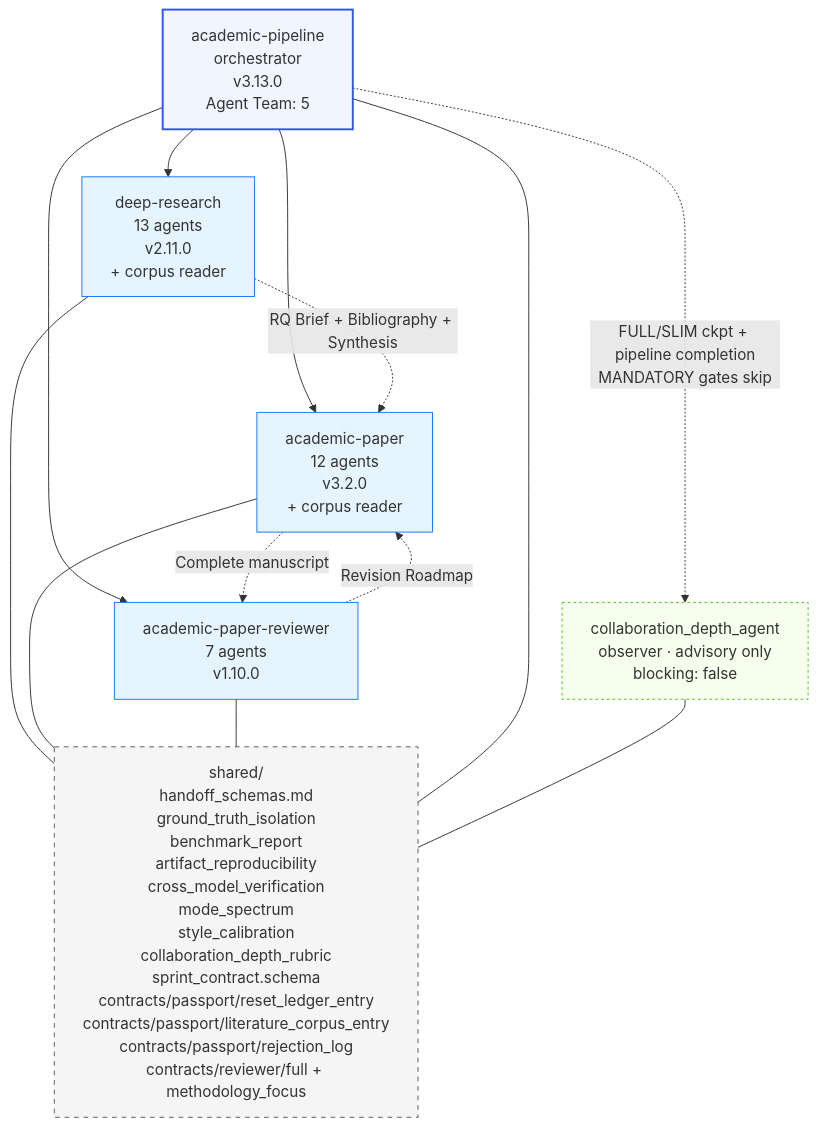
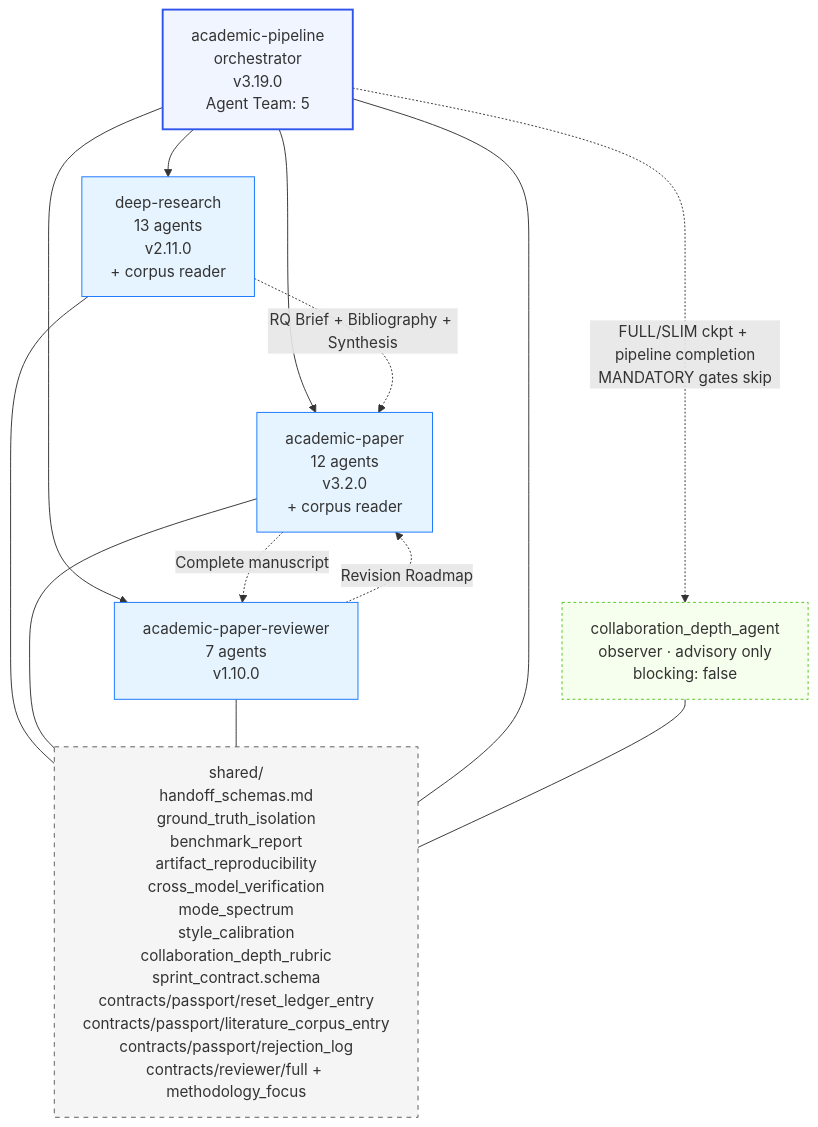
Before and after one commit to zhangyang-crazy-one/academic-research-workbench: the fourth of 5 diagrams in skills/academic-research-suite/ars/docs/ARCHITECTURE.md, drawn with Mermaid. The commit also changed other lines of this file and 1178 other files, not shown here.

````diff
--- a/skills/academic-research-suite/ars/docs/ARCHITECTURE.md
+++ b/skills/academic-research-suite/ars/docs/ARCHITECTURE.md
@@ -201,31 +201,31 @@
 ```mermaid
 graph TD
-    Pipeline[academic-pipeline<br/>orchestrator<br/>v3.13.0<br/>Agent Team: 5]
+    Pipeline[academic-pipeline<br/>orchestrator<br/>v3.19.0<br/>Agent Team: 5]
     Observer[collaboration_depth_agent<br/>observer · advisory only<br/>blocking: false]
     DR[deep-research<br/>13 agents<br/>v2.11.0<br/>+ corpus reader]
     AP[academic-paper<br/>12 agents<br/>v3.2.0<br/>+ corpus reader]
     APR[academic-paper-reviewer<br/>7 agents<br/>v1.10.0]
     Shared[shared/<br/>handoff_schemas.md<br/>ground_truth_isolation<br/>benchmark_report<br/>artifact_reproducibility<br/>cross_model_verification<br/>mode_spectrum<br/>style_calibration<br/>collaboration_depth_rubric<br/>sprint_contract.schema<br/>contracts/passport/reset_ledger_entry<br/>contracts/passport/literature_corpus_entry<br/>contracts/passport/rejection_log<br/>contracts/reviewer/full + methodology_focus]
 
     Pipeline --> DR
     Pipeline --> AP
     Pipeline --> APR
     Pipeline -. "FULL/SLIM ckpt + pipeline completion<br/>MANDATORY gates skip" .-> Observer
     DR -. "RQ Brief + Bibliography + Synthesis" .-> AP
     AP -. "Complete manuscript" .-> APR
     APR -. "Revision Roadmap" .-> AP
     DR --- Shared
     AP --- Shared
     APR --- Shared
     Pipeline --- Shared
     Observer --- Shared
 
     classDef orch fill:#f0f5ff,stroke:#2f54eb,stroke-width:2px
     classDef skill fill:#e6f4ff,stroke:#1677ff
     classDef shared fill:#f5f5f5,stroke:#595959,stroke-dasharray:5 5
     classDef observer fill:#f6ffed,stroke:#52c41a,stroke-dasharray:3 3
     class Pipeline orch
     class DR,AP,APR skill
     class Shared shared
     class Observer observer
 ```
````
